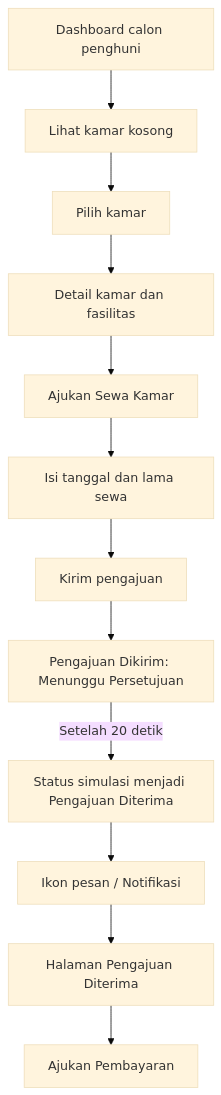
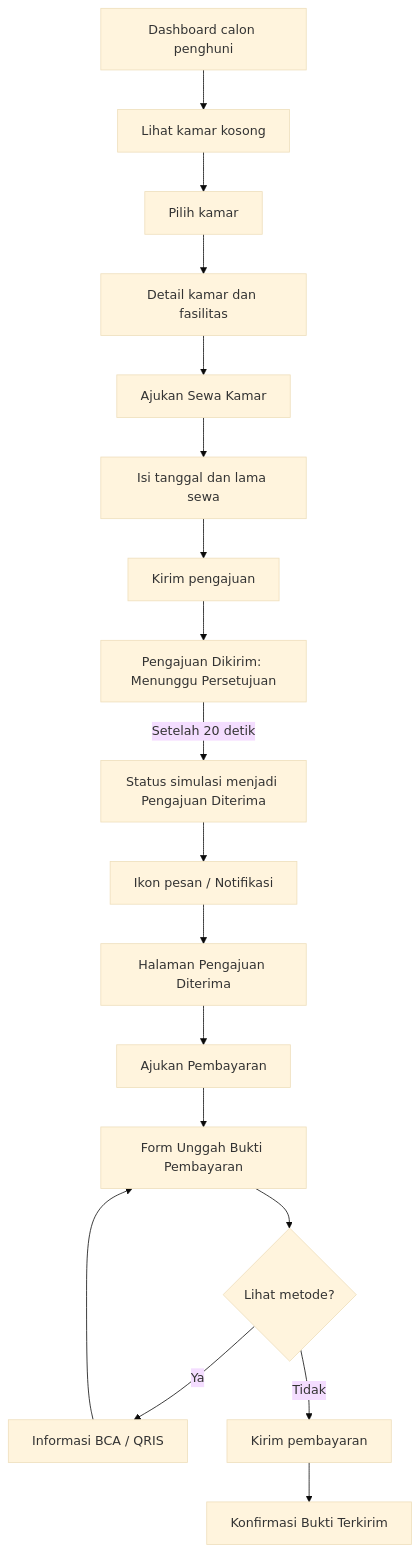
Before and after one commit to lorddanu/simkos_pbl: the second of 2 diagrams in DOKUMENTASI_PENGEMBANGAN.md, drawn with Mermaid (base theme). The commit also changed other lines of this file and 5 other files, not shown here.

````diff
--- a/DOKUMENTASI_PENGEMBANGAN.md
+++ b/DOKUMENTASI_PENGEMBANGAN.md
@@ -58,14 +58,20 @@
 ```mermaid
 flowchart TD
     A[Dashboard calon penghuni] --> B[Lihat kamar kosong]
     B --> C[Pilih kamar]
     C --> D[Detail kamar dan fasilitas]
     D --> E[Ajukan Sewa Kamar]
     E --> F[Isi tanggal dan lama sewa]
     F --> G[Kirim pengajuan]
     G --> H[Pengajuan Dikirim: Menunggu Persetujuan]
     H -->|Setelah 20 detik| I[Status simulasi menjadi Pengajuan Diterima]
     I --> J[Ikon pesan / Notifikasi]
     J --> K[Halaman Pengajuan Diterima]
     K --> L[Ajukan Pembayaran]
+    L --> M[Form Unggah Bukti Pembayaran]
+    M --> N{Lihat metode?}
+    N -- Ya --> O[Informasi BCA / QRIS]
+    O --> M
+    N -- Tidak --> P[Kirim pembayaran]
+    P --> Q[Konfirmasi Bukti Terkirim]
 ```
````
